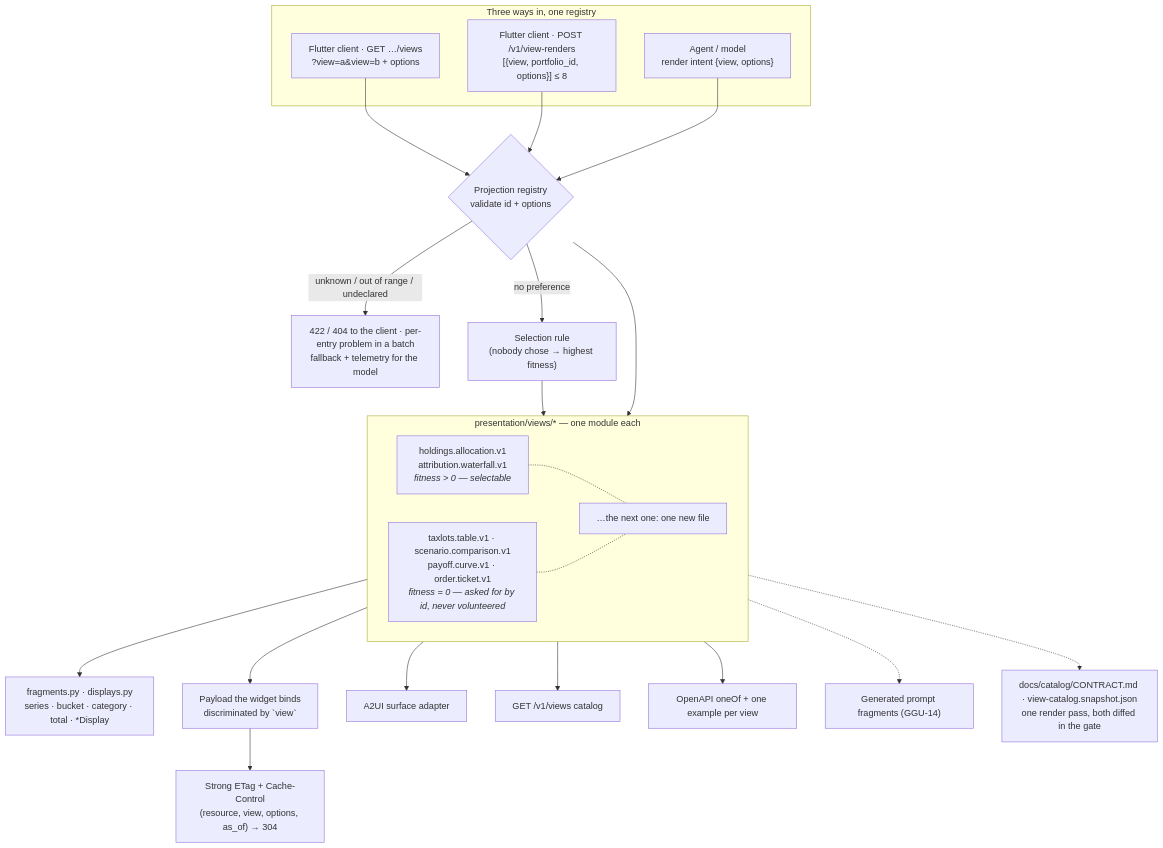
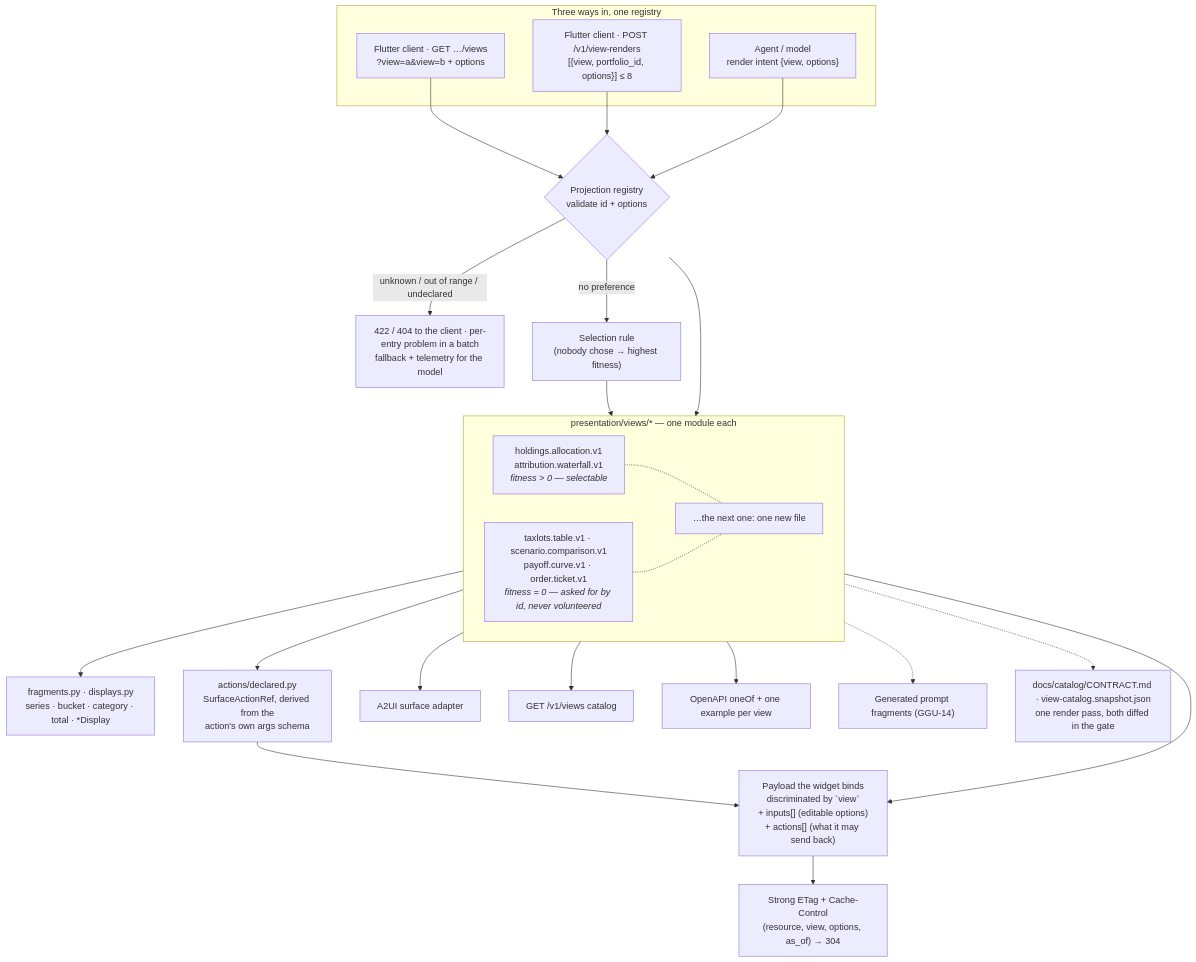
One commit to somnio-projects/finance-google-a2ui changed the diagram in docs/diagrams/06-response-shaping.md. Above: the diagram before and after it, drawn with Mermaid. The commit also changed other lines of this file and 61 other files, not shown here.

First line of the commit message:
feat(api): GGU-78 — the actions a surface is allowed to send back

````diff
--- a/docs/diagrams/06-response-shaping.md
+++ b/docs/diagrams/06-response-shaping.md
@@ -7,54 +7,65 @@
 ```mermaid
 flowchart TB
     subgraph callers["Three ways in, one registry"]
         cl["Flutter client · GET …/views<br/>?view=a&view=b + options"]
         batch["Flutter client · POST /v1/view-renders<br/>[{view, portfolio_id, options}] ≤ 8"]
         ag["Agent / model<br/>render intent {view, options}"]
     end
     reg{"Projection registry<br/>validate id + options"}
     rej["422 / 404 to the client · per-entry problem in a batch<br/>fallback + telemetry for the model"]
     sel["Selection rule<br/>(nobody chose → highest fitness)"]
     subgraph views["presentation/views/* — one module each"]
         v1["holdings.allocation.v1<br/>attribution.waterfall.v1<br/><i>fitness > 0 — selectable</i>"]
         v2["taxlots.table.v1 · scenario.comparison.v1<br/>payoff.curve.v1 · order.ticket.v1<br/><i>fitness = 0 — asked for by id, never volunteered</i>"]
         vn["…the next one: one new file"]
     end
     frag["fragments.py · displays.py<br/>series · bucket · category · total · *Display"]
-    out["Payload the widget binds<br/>discriminated by `view`"]
+    decl["actions/declared.py<br/>SurfaceActionRef, derived from the<br/>action's own args schema"]
+    out["Payload the widget binds<br/>discriminated by `view`<br/>+ inputs[] (editable options)<br/>+ actions[] (what it may send back)"]
     etag["Strong ETag + Cache-Control<br/>(resource, view, options, as_of) → 304"]
     a2ui["A2UI surface adapter"]
     cat["GET /v1/views catalog"]
     oa["OpenAPI oneOf + one example per view"]
     pf["Generated prompt fragments (GGU-14)"]
     doc["docs/catalog/CONTRACT.md · view-catalog.snapshot.json<br/>one render pass, both diffed in the gate"]
 
     cl --> reg
     batch --> reg
     ag --> reg
     reg -- "unknown / out of range / undeclared" --> rej
     reg -- "no preference" --> sel --> views
     reg --> views
     views --> frag
+    views --> decl --> out
     views --> out
     out --> etag
     views --> a2ui
     views --> cat
     views --> oa
     views -.-> pf
     views -.-> doc
     v1 -.- vn
     v2 -.- vn
 
     %% Registering once publishes to five consumers; adding a chart touches
     %% only its own module (ADR-K D-14, D-15) — views/ is auto-discovered,
     %% so not even an import line is edited.
     %% The frozen contract is published twice from ONE registry read: Markdown
     %% for the designer (GGU-41) and JSON for the Flutter catalog test
     %% (GGU-53). A third rendering is one entry in catalog_artifacts.ARTIFACTS.
     %% The batch is a RESOURCE, not an RPC call: POST creates it, 201 returns
     %% it inline, and EVERY entry carries its own status, so one bad view
     %% never sinks the others (ADR-K D-18).
     %% The client's rejection is a 422/404; inside a batch it is that entry's
     %% problem document; the model's is a recorded fallback (ADR-K D-12).
     %% ETag covers the two GET reads only: a POST batch is not revalidated.
+    %% A payload declares interactivity TWICE and the two must agree, which
+    %% is what GGU-78 found they did not:
+    %%   inputs[]  — the editable options, each named EXACTLY as the option
+    %%               that sets it, which is what the contract document reads
+    %%               to fill its Input column (spec 0019 OD-3)
+    %%   actions[] — what a tap may send BACK, and that is a new agent turn,
+    %%               not a re-render (spec 0022)
+    %% The rule that keeps them apart: if the answer is the same view with
+    %% different numbers it is an OPTION; if it is a new turn it is an ACTION.
 ```
````
